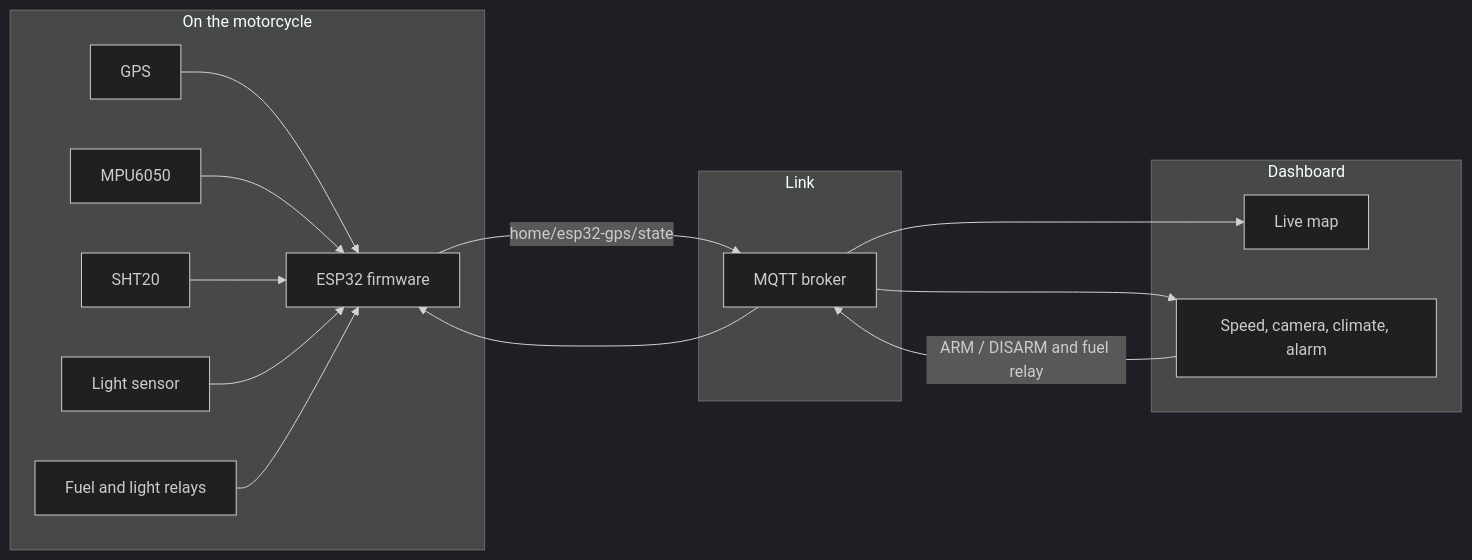
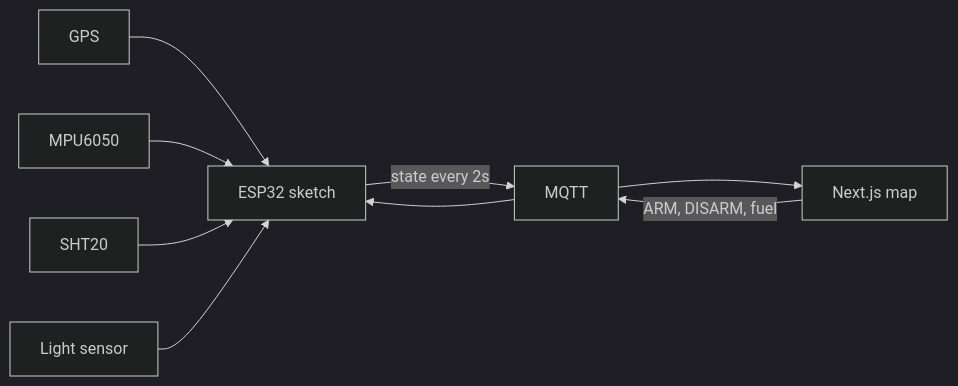
The diagram in README.md (omidram/kabir-motor), drawn with Mermaid (dark theme) before and after one commit. The commit also changed other lines of this file and 153 other files, not shown here.

First line of the commit message:
Combine the firmware and dashboard in one repository.

````diff
--- a/README.md
+++ b/README.md
@@ -79,28 +92,11 @@
 ```mermaid
 flowchart LR
-  subgraph bike [On the motorcycle]
-    GPS[GPS]
-    MPU[MPU6050]
-    SHT[SHT20]
-    LDR[Light sensor]
-    RELAY[Fuel and light relays]
-    ESP[ESP32 firmware]
-  end
-  subgraph cloud [Link]
-    MQTT[MQTT broker]
-  end
-  subgraph desk [Dashboard]
-    MAP[Live map]
-    UI[Speed, camera, climate, alarm]
-  end
-  GPS --> ESP
-  MPU --> ESP
-  SHT --> ESP
-  LDR --> ESP
-  RELAY --> ESP
-  ESP -->|home/esp32-gps/state| MQTT
-  MQTT --> MAP
-  MQTT --> UI
-  UI -->|ARM / DISARM and fuel relay| MQTT
+  GPS[GPS] --> ESP[ESP32 sketch]
+  MPU[MPU6050] --> ESP
+  SHT[SHT20] --> ESP
+  LDR[Light sensor] --> ESP
+  ESP -->|state every 2s| MQTT[MQTT]
+  MQTT --> MAP[Next.js map]
+  MAP -->|ARM, DISARM, fuel| MQTT
   MQTT --> ESP
 ```
````
